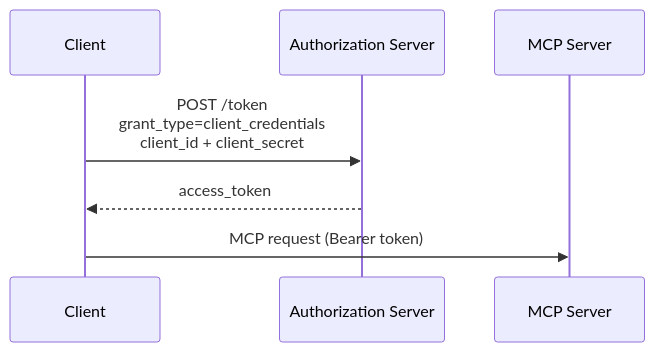
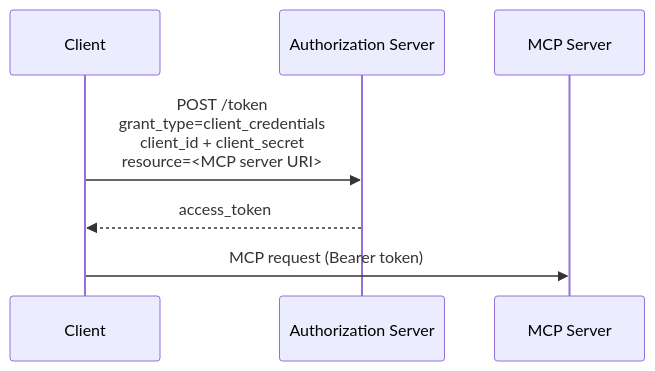
Before and after one commit to modelcontextprotocol/modelcontextprotocol: the second of 2 diagrams in docs/extensions/auth/oauth-client-credentials.mdx, drawn with Mermaid. The commit also changed other lines of this file and 1 other file, not shown here.

Commit message:
docs: correct token requests on the auth extension pages
Client credentials uses client_assertion with the client_credentials grant,
and the ID-JAG comes from a token exchange at the IdP token endpoint.

````diff
--- a/docs/extensions/auth/oauth-client-credentials.mdx
+++ b/docs/extensions/auth/oauth-client-credentials.mdx
@@ -64,10 +64,10 @@
 ```mermaid
 sequenceDiagram
     participant Client
     participant AS as Authorization Server
     participant MCP as MCP Server
 
-    Client->>AS: POST /token<br/>grant_type=client_credentials<br/>client_id + client_secret
+    Client->>AS: POST /token<br/>grant_type=client_credentials<br/>client_id + client_secret<br/>resource=<MCP server URI>
     AS-->>Client: access_token
     Client->>MCP: MCP request (Bearer token)
 ```
````
